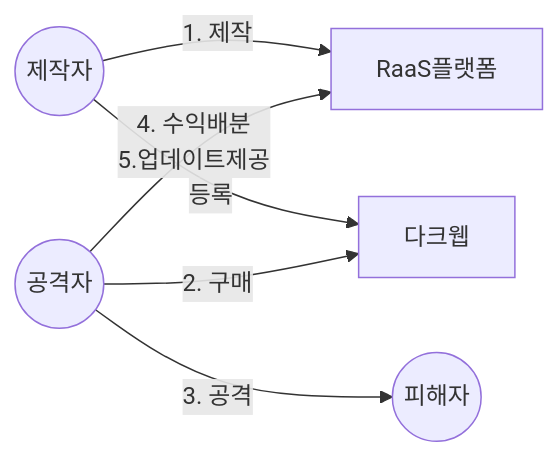
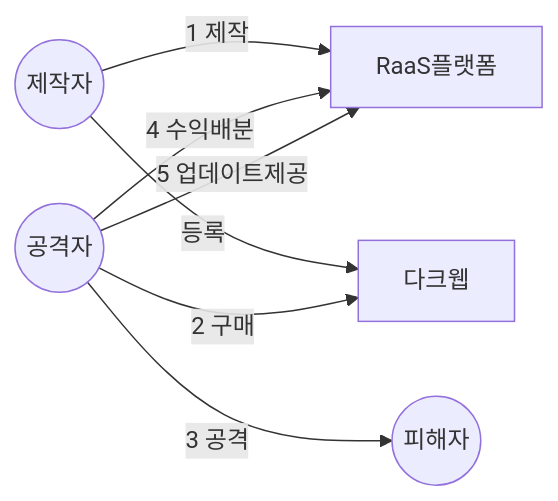
Before and after one commit to gracefullight/gracefullight.github.io: the diagram in blog/pe/sec/raas.md, drawn with Mermaid. The commit also changed other lines of this file and 29 other files, not shown here.

````diff
--- a/blog/pe/sec/raas.md
+++ b/blog/pe/sec/raas.md
@@ -20,14 +20,15 @@
 ```mermaid
 graph LR
   제작자((제작자))
   RaaS플랫폼
   다크웹
   공격자((공격자))
   피해자((피해자))
 
-  제작자 -->|1. 제작| RaaS플랫폼
+  제작자 -->|1 제작| RaaS플랫폼
   제작자 -->|등록| 다크웹
-  공격자 -->|2. 구매| 다크웹
-  공격자 -->|3. 공격| 피해자
-  공격자 -->|4. 수익배분<br/>5.업데이트제공| RaaS플랫폼
+  공격자 -->|2 구매| 다크웹
+  공격자 -->|3 공격| 피해자
+  공격자 -->|4 수익배분| RaaS플랫폼
+  공격자 -->|5 업데이트제공| RaaS플랫폼
 ```
````
